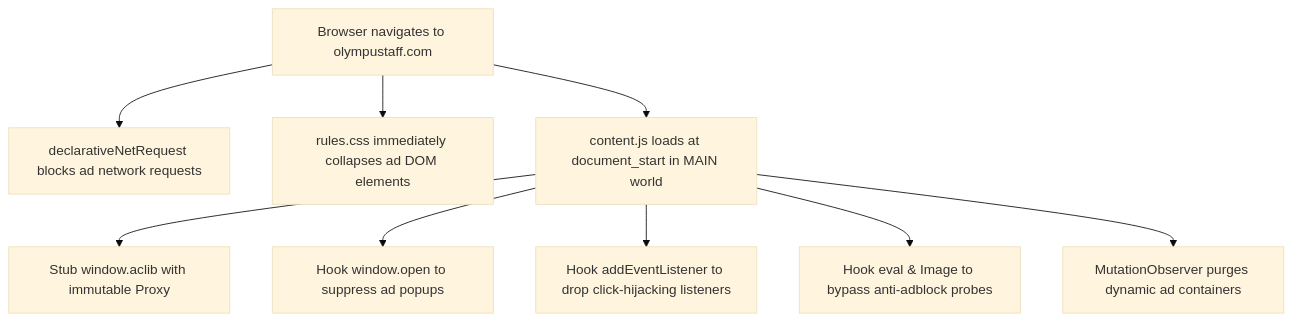
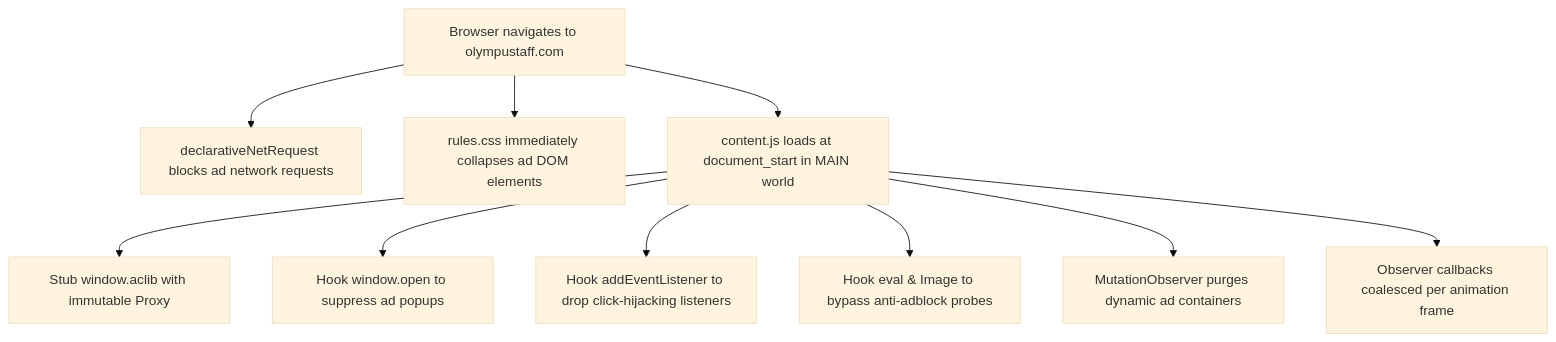
Before and after one commit to shadow-x78/teamx-adblock: the diagram in docs/ARCHITECTURE.md, drawn with Mermaid (base theme). The commit also changed other lines of this file and 2 other files, not shown here.

````diff
--- a/docs/ARCHITECTURE.md
+++ b/docs/ARCHITECTURE.md
@@ -34,11 +34,12 @@
 ```mermaid
 flowchart TD
     A[Browser navigates to olympustaff.com] --> B[declarativeNetRequest blocks ad network requests]
     A --> C[rules.css immediately collapses ad DOM elements]
     A --> D[content.js loads at document_start in MAIN world]
     D --> E[Stub window.aclib with immutable Proxy]
     D --> F[Hook window.open to suppress ad popups]
     D --> G[Hook addEventListener to drop click-hijacking listeners]
     D --> H[Hook eval & Image to bypass anti-adblock probes]
     D --> I[MutationObserver purges dynamic ad containers]
+    D --> J[Observer callbacks coalesced per animation frame]
 ```
````
